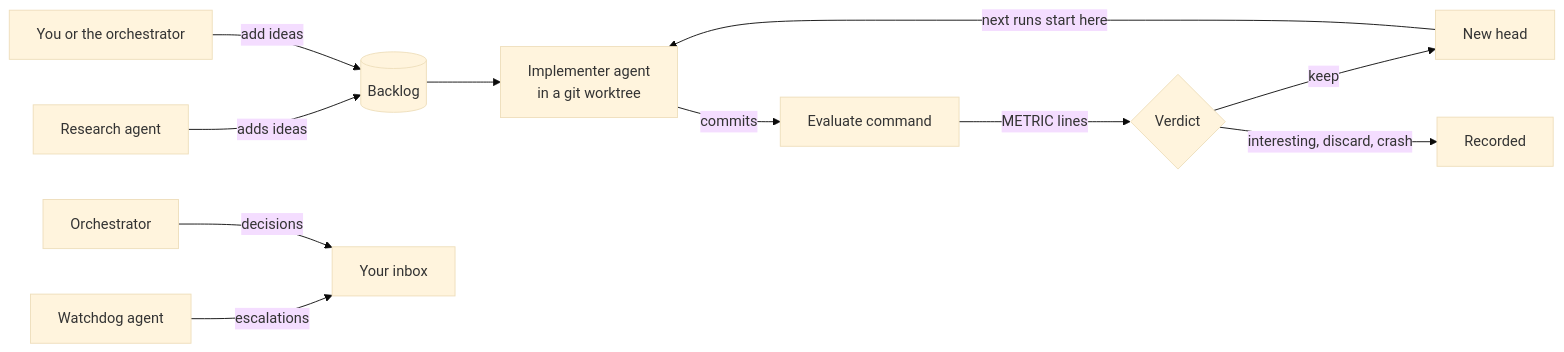
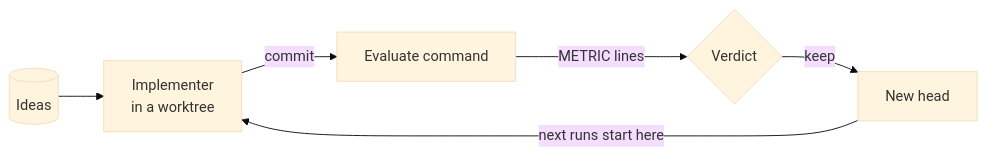
Before and after one commit to VatsaDev/piloop: the diagram in docs/index.mdx, drawn with Mermaid (base theme). The commit also changed other lines of this file and 4 other files, not shown here.

````diff
--- a/docs/index.mdx
+++ b/docs/index.mdx
@@ -74,13 +31,8 @@
 ```mermaid
 flowchart LR
-    R[Research agent] -->|adds ideas| B[(Backlog)]
-    Y[You or the orchestrator] -->|add ideas| B
-    B --> W[Implementer agent<br/>in a git worktree]
-    W -->|commits| E[Evaluate command]
+    B[(Ideas)] --> W[Implementer<br/>in a worktree]
+    W -->|commit| E[Evaluate command]
     E -->|METRIC lines| V{Verdict}
     V -->|keep| H[New head]
-    V -->|interesting, discard, crash| L[Recorded]
     H -->|next runs start here| W
-    D[Watchdog agent] -->|escalations| I[Your inbox]
-    O[Orchestrator] -->|decisions| I
 ```
````
